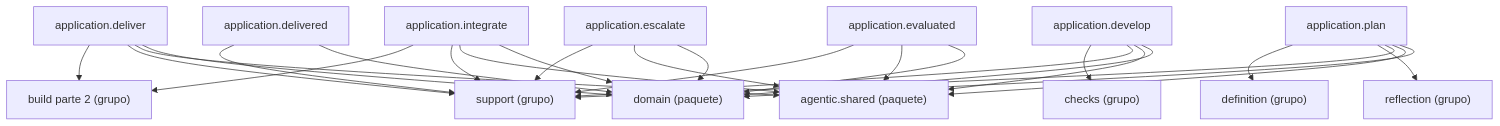
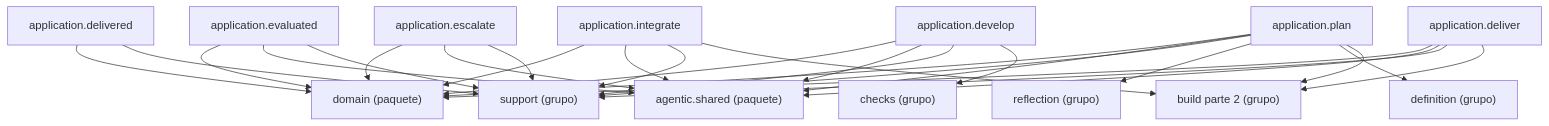
Before and after one commit to GonzaloZevallos/agentic-system: the diagram in docs/architecture/generated/packages-process-application-build-1.md, drawn with Mermaid. The commit also changed 5 other files, not shown here.

````diff
--- a/docs/architecture/generated/packages-process-application-build-1.md
+++ b/docs/architecture/generated/packages-process-application-build-1.md
@@ -16,42 +16,43 @@
 ```mermaid
 graph TD
     g_application__build__2["build parte 2 (grupo)"]
     g_application__checks["checks (grupo)"]
     g_application__definition["definition (grupo)"]
     g_application__reflection["reflection (grupo)"]
     g_application__support["support (grupo)"]
     g_pkg__agentic__shared["agentic.shared (paquete)"]
     g_pkg__domain["domain (paquete)"]
     m_application__deliver["application.deliver"]
     m_application__delivered["application.delivered"]
     m_application__develop["application.develop"]
     m_application__escalate["application.escalate"]
     m_application__evaluated["application.evaluated"]
     m_application__integrate["application.integrate"]
     m_application__plan["application.plan"]
     m_application__deliver --> g_application__build__2
     m_application__deliver --> g_application__support
     m_application__deliver --> g_pkg__agentic__shared
     m_application__deliver --> g_pkg__domain
     m_application__delivered --> g_application__support
     m_application__delivered --> g_pkg__domain
     m_application__develop --> g_application__checks
     m_application__develop --> g_application__support
     m_application__develop --> g_pkg__agentic__shared
     m_application__develop --> g_pkg__domain
     m_application__escalate --> g_application__support
     m_application__escalate --> g_pkg__agentic__shared
     m_application__escalate --> g_pkg__domain
     m_application__evaluated --> g_application__support
     m_application__evaluated --> g_pkg__agentic__shared
     m_application__evaluated --> g_pkg__domain
     m_application__integrate --> g_application__build__2
     m_application__integrate --> g_application__support
     m_application__integrate --> g_pkg__agentic__shared
     m_application__integrate --> g_pkg__domain
+    m_application__plan --> g_application__build__2
     m_application__plan --> g_application__definition
     m_application__plan --> g_application__reflection
     m_application__plan --> g_application__support
     m_application__plan --> g_pkg__agentic__shared
     m_application__plan --> g_pkg__domain
 ```
````
